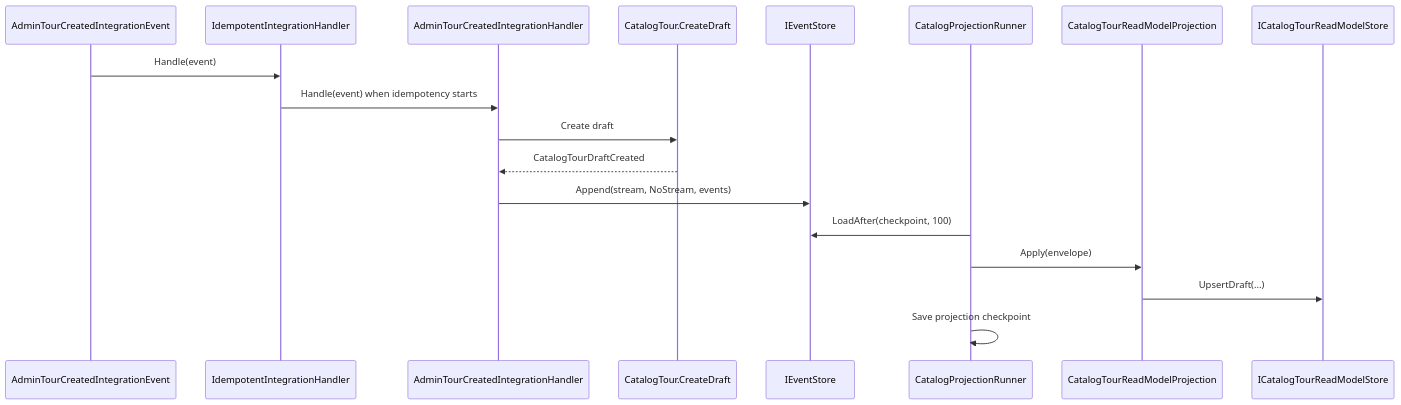
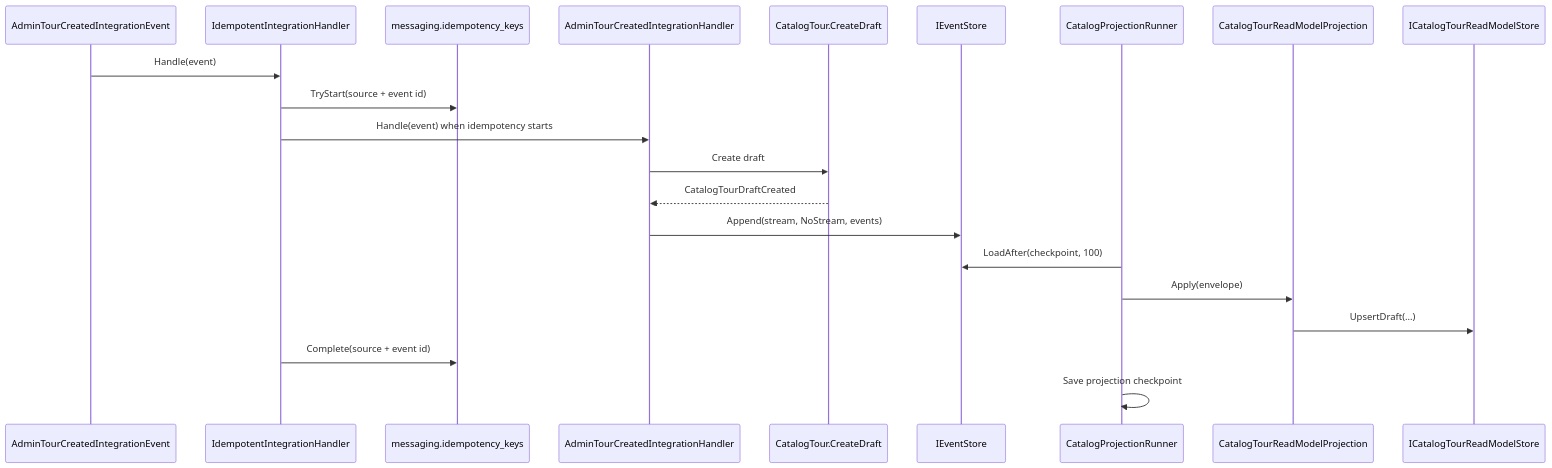
Before and after one commit to danigutsch/ViajantesTurismo: the fifth of 10 diagrams in docs/architecture/FLOWS.md, drawn with Mermaid. The commit also changed other lines of this file and 59 other files, not shown here.

````diff
--- a/docs/architecture/FLOWS.md
+++ b/docs/architecture/FLOWS.md
@@ -142,21 +143,24 @@
 ```mermaid
 sequenceDiagram
     participant Event as AdminTourCreatedIntegrationEvent
     participant Idem as IdempotentIntegrationHandler
+    participant Keys as messaging.idempotency_keys
     participant Handler as AdminTourCreatedIntegrationHandler
     participant Aggregate as CatalogTour.CreateDraft
     participant Store as IEventStore
     participant Runner as CatalogProjectionRunner
     participant Projection as CatalogTourReadModelProjection
     participant ReadModel as ICatalogTourReadModelStore
 
     Event->>Idem: Handle(event)
+    Idem->>Keys: TryStart(source + event id)
     Idem->>Handler: Handle(event) when idempotency starts
     Handler->>Aggregate: Create draft
     Aggregate-->>Handler: CatalogTourDraftCreated
     Handler->>Store: Append(stream, NoStream, events)
     Runner->>Store: LoadAfter(checkpoint, 100)
     Runner->>Projection: Apply(envelope)
     Projection->>ReadModel: UpsertDraft(...)
+    Idem->>Keys: Complete(source + event id)
     Runner->>Runner: Save projection checkpoint
 ```
````
